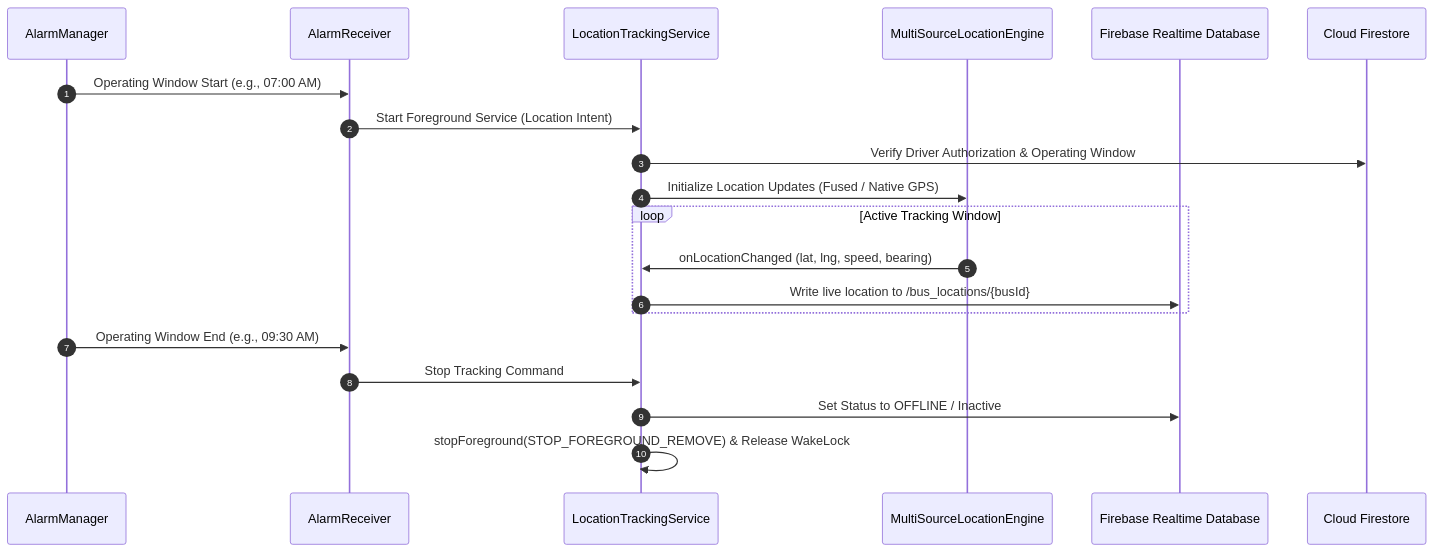
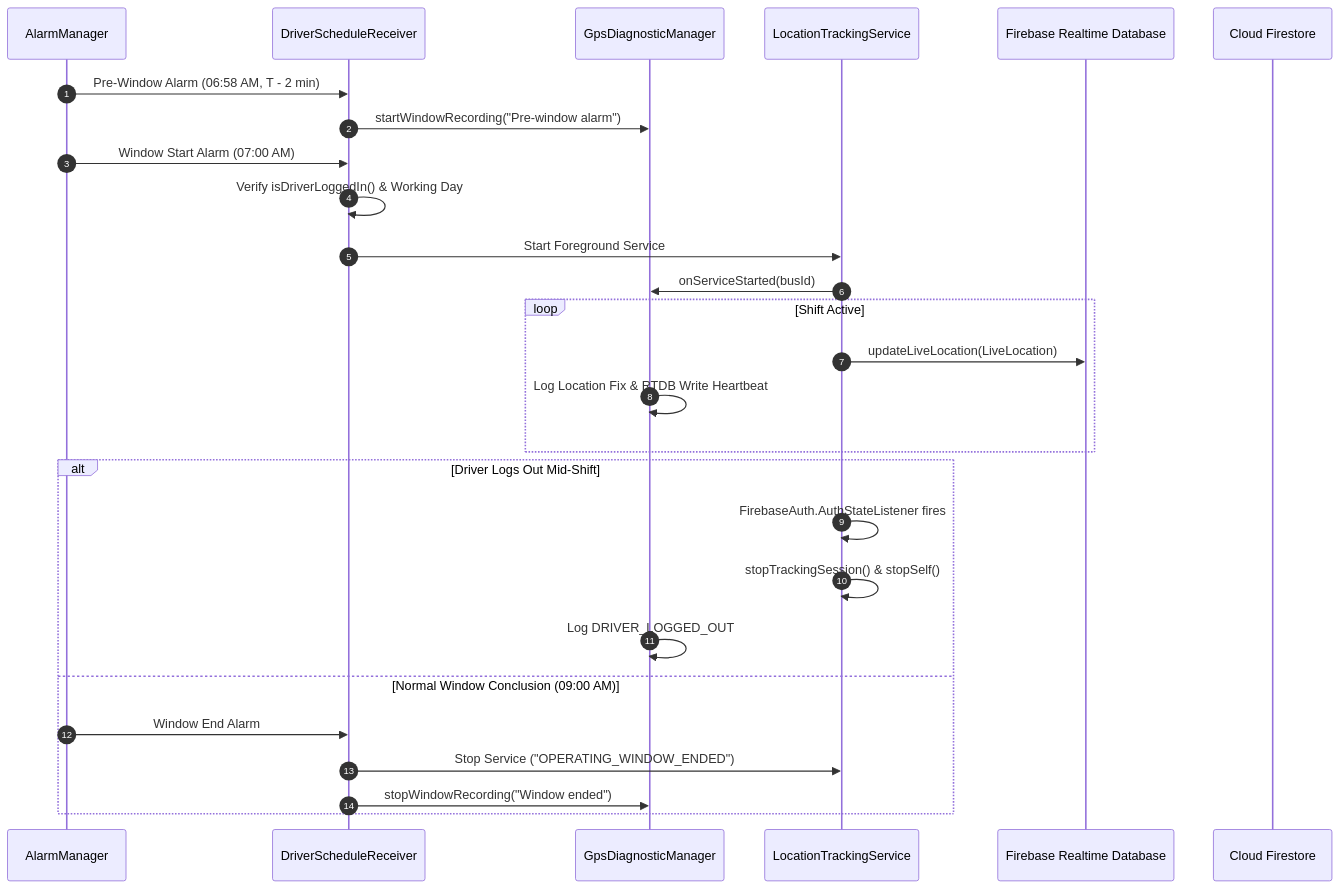
One commit to bkeshava636-dot/FleetX changed the second of 3 diagrams in README.md. Above: the diagram before and after it, drawn with Mermaid. The commit also changed other lines of this file, not shown here.

Commit message:
docs: update README with current features, bus pass scanner, GPS diagnostics, and driver logout safety

````diff
--- a/README.md
+++ b/README.md
@@ -121,23 +149,30 @@
 ```mermaid
 sequenceDiagram
     autonumber
     participant AM as AlarmManager
-    participant AR as AlarmReceiver
-    participant LS as LocationTrackingService
-    participant MSLE as MultiSourceLocationEngine
+    participant DSR as DriverScheduleReceiver
+    participant GDM as GpsDiagnosticManager
+    participant LTS as LocationTrackingService
     participant RTDB as Firebase Realtime Database
     participant FS as Cloud Firestore
 
-    AM->>AR: Operating Window Start (e.g., 07:00 AM)
-    AR->>LS: Start Foreground Service (Location Intent)
-    LS->>FS: Verify Driver Authorization & Operating Window
-    LS->>MSLE: Initialize Location Updates (Fused / Native GPS)
-    loop Active Tracking Window
-        MSLE->>LS: onLocationChanged (lat, lng, speed, bearing)
-        LS->>RTDB: Write live location to /bus_locations/{busId}
+    AM->>DSR: Pre-Window Alarm (06:58 AM, T - 2 min)
+    DSR->>GDM: startWindowRecording("Pre-window alarm")
+    AM->>DSR: Window Start Alarm (07:00 AM)
+    DSR->>DSR: Verify isDriverLoggedIn() & Working Day
+    DSR->>LTS: Start Foreground Service
+    LTS->>GDM: onServiceStarted(busId)
+    loop Shift Active
+        LTS->>RTDB: updateLiveLocation(LiveLocation)
+        GDM->>GDM: Log Location Fix & RTDB Write Heartbeat
     end
-    AM->>AR: Operating Window End (e.g., 09:30 AM)
-    AR->>LS: Stop Tracking Command
-    LS->>RTDB: Set Status to OFFLINE / Inactive
-    LS->>LS: stopForeground(STOP_FOREGROUND_REMOVE) & Release WakeLock
+    alt Driver Logs Out Mid-Shift
+        LTS->>LTS: FirebaseAuth.AuthStateListener fires
+        LTS->>LTS: stopTrackingSession() & stopSelf()
+        GDM->>GDM: Log DRIVER_LOGGED_OUT
+    else Normal Window Conclusion (09:00 AM)
+        AM->>DSR: Window End Alarm
+        DSR->>LTS: Stop Service ("OPERATING_WINDOW_ENDED")
+        DSR->>GDM: stopWindowRecording("Window ended")
+    end
 ```
````
